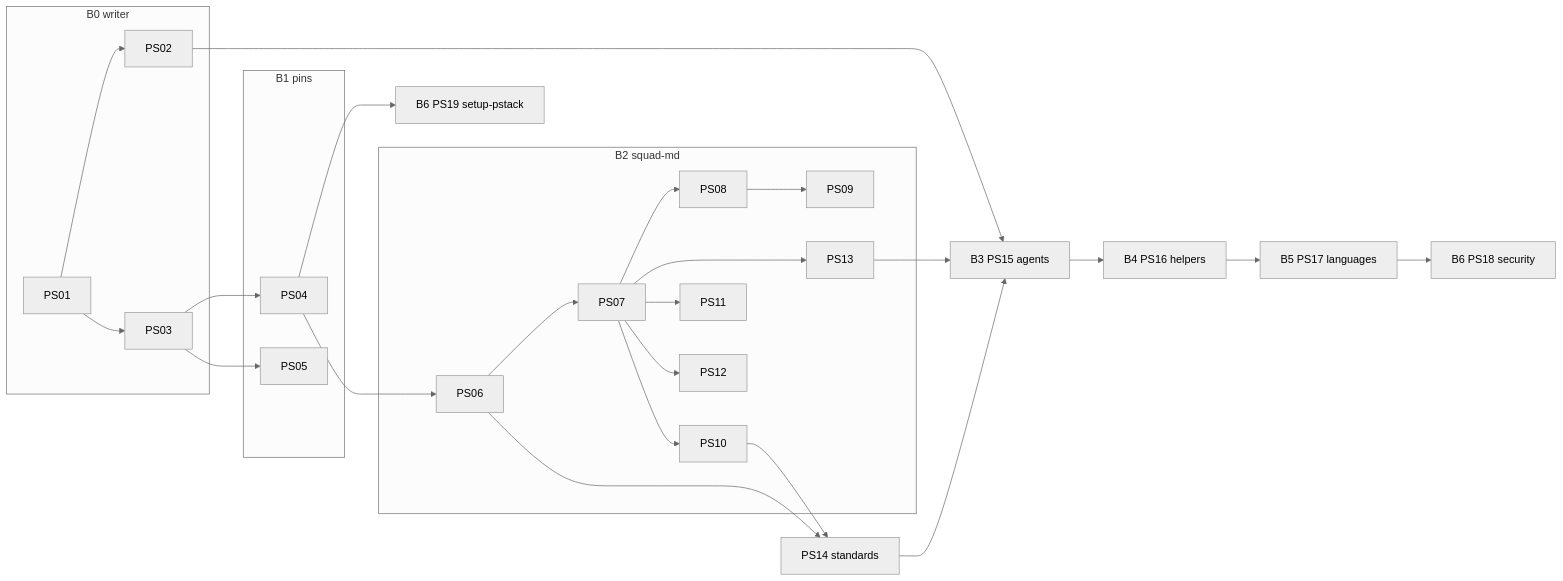
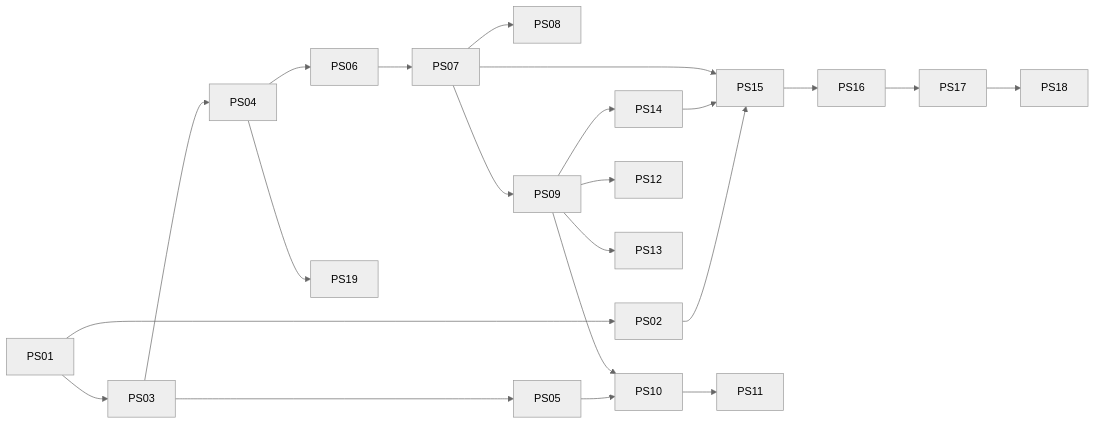
One commit to svennijhuis/agentPacks changed the diagram in docs/pbi/squad-poteto/README.md. Above: the diagram before and after it, drawn with Mermaid (neutral theme). The commit also changed other lines of this file and 37 other files, not shown here.

Commit message:
docs(pbi): squad-poteto full rewrite: status table vs main, reuse mode per skill, Standards after hub, /statechart, FLOWS.md

````diff
--- a/docs/pbi/squad-poteto/README.md
+++ b/docs/pbi/squad-poteto/README.md
@@ -50,30 +66,13 @@
 ```mermaid
 flowchart LR
-  subgraph B0[B0 writer]
-    PS01 --> PS02
-    PS01 --> PS03
-  end
-  subgraph B1[B1 pins]
-    PS04
-    PS05
-  end
-  subgraph B2[B2 squad-md]
-    PS06 --> PS07
-    PS07 --> PS08 --> PS09
-    PS07 --> PS10
-    PS07 --> PS11
-    PS07 --> PS12
-    PS07 --> PS13
-  end
-  PS14[PS14 standards]
-  PS03 --> PS04
-  PS03 --> PS05
-  PS04 --> PS06
-  PS10 --> PS14
-  PS06 --> PS14
-  PS02 --> PS15
-  PS13 --> PS15
-  PS14 --> PS15[B3 PS15 agents]
-  PS15 --> PS16[B4 PS16 helpers] --> PS17[B5 PS17 languages] --> PS18[B6 PS18 security]
-  PS04 --> PS19[B6 PS19 setup-pstack]
+  PS01 --> PS02 --> PS15
+  PS01 --> PS03 --> PS04 --> PS06 --> PS07 --> PS08
+  PS03 --> PS05 --> PS10
+  PS07 --> PS09
+  PS09 --> PS10 --> PS11
+  PS09 --> PS12
+  PS09 --> PS13
+  PS09 --> PS14 --> PS15
+  PS07 --> PS15 --> PS16 --> PS17 --> PS18
+  PS04 --> PS19
 ```
````
